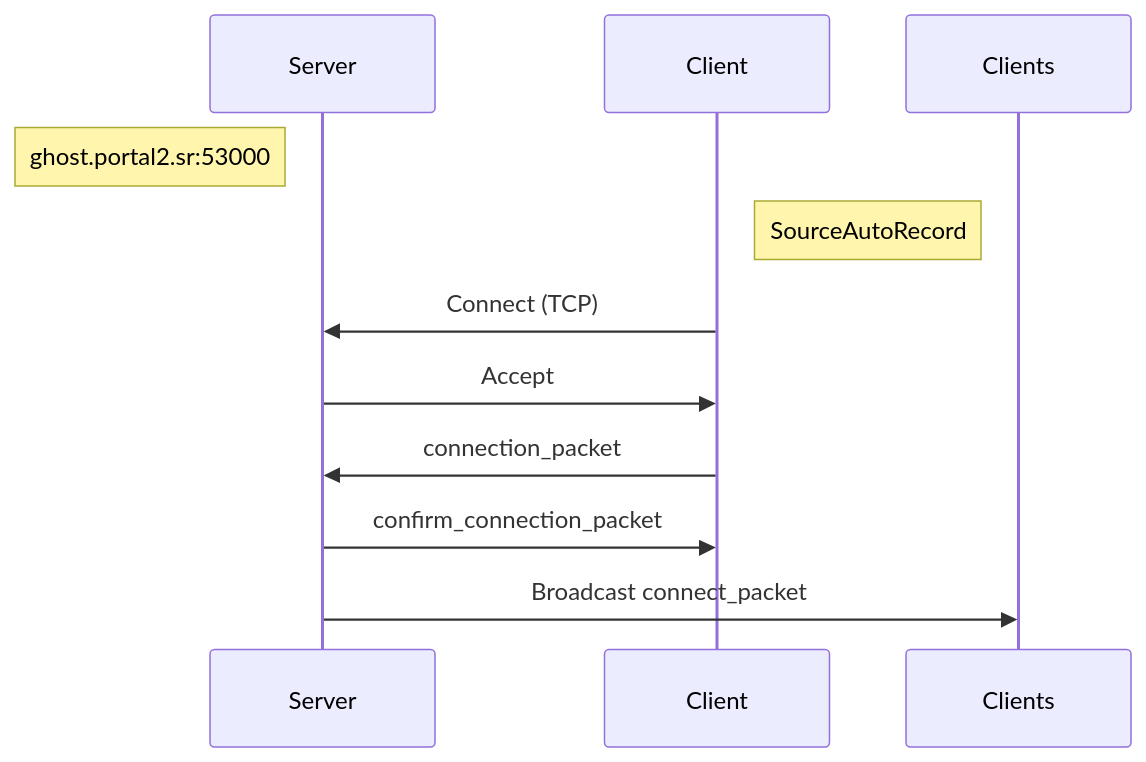
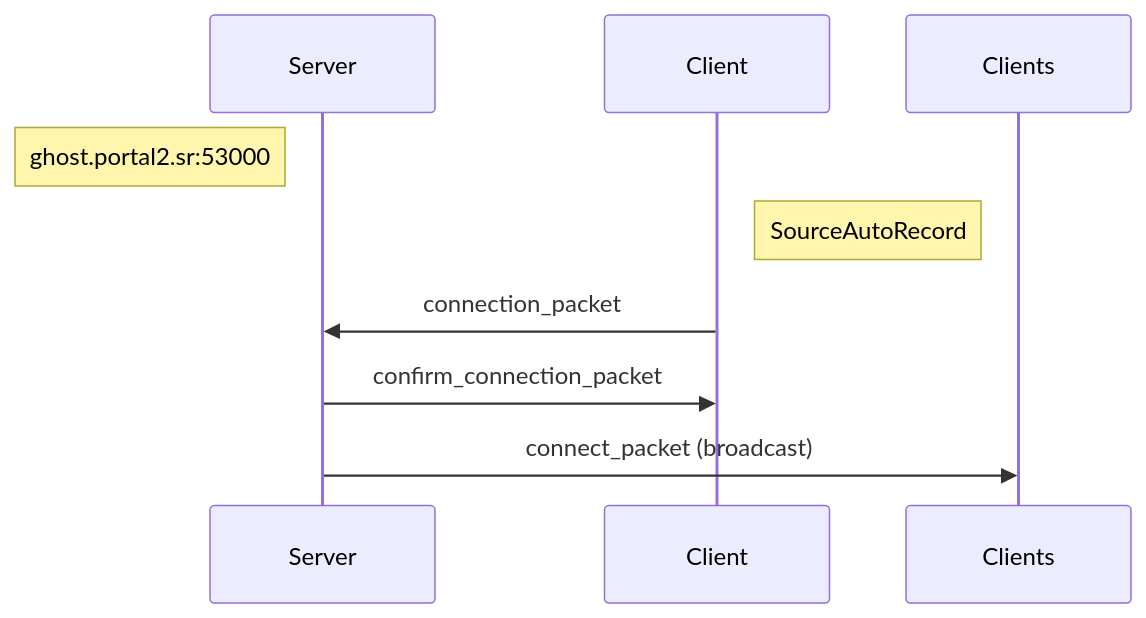
The first of 4 diagrams in README.md (NeKzor/ghosting), drawn with Mermaid before and after one commit. The commit also changed other lines of this file and 5 other files, not shown here.

````diff
--- a/README.md
+++ b/README.md
@@ -70,17 +76,13 @@
 ```mermaid
 sequenceDiagram
     participant Server
     Note left of Server: ghost.portal2.sr:53000
     participant Client
     Note right of Client: SourceAutoRecord
     participant Clients
 
-    Client->>Server: Connect (TCP)
-
-    Server->>Client: Accept
-
     Client->>Server: connection_packet
 
     Server->>Client: confirm_connection_packet
-    Server->>Clients: Broadcast connect_packet
+    Server->>Clients: connect_packet (broadcast)
 ```
````
